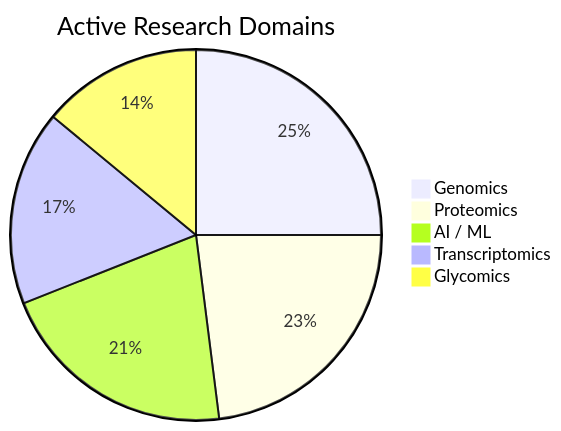
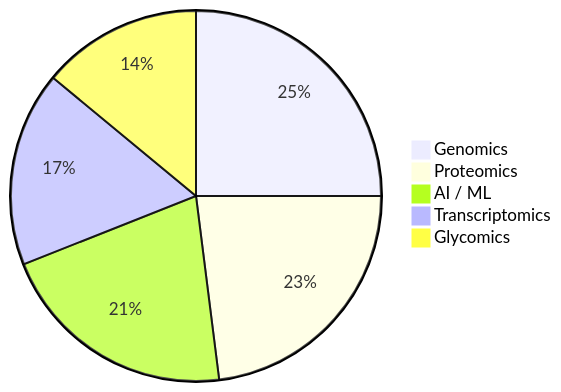
One commit to zeyak/zeyak changed the second of 2 diagrams in README.md. Above: the diagram before and after it, drawn with Mermaid. The commit also changed other lines of this file and 1 other file, not shown here.

````diff
--- a/README.md
+++ b/README.md
@@ -149,8 +72,8 @@
 ```mermaid
-pie title Active Research Domains
+pie
     "Genomics" : 25
     "Proteomics" : 23
     "AI / ML" : 21
     "Transcriptomics" : 17
     "Glycomics" : 14
 ```
````
